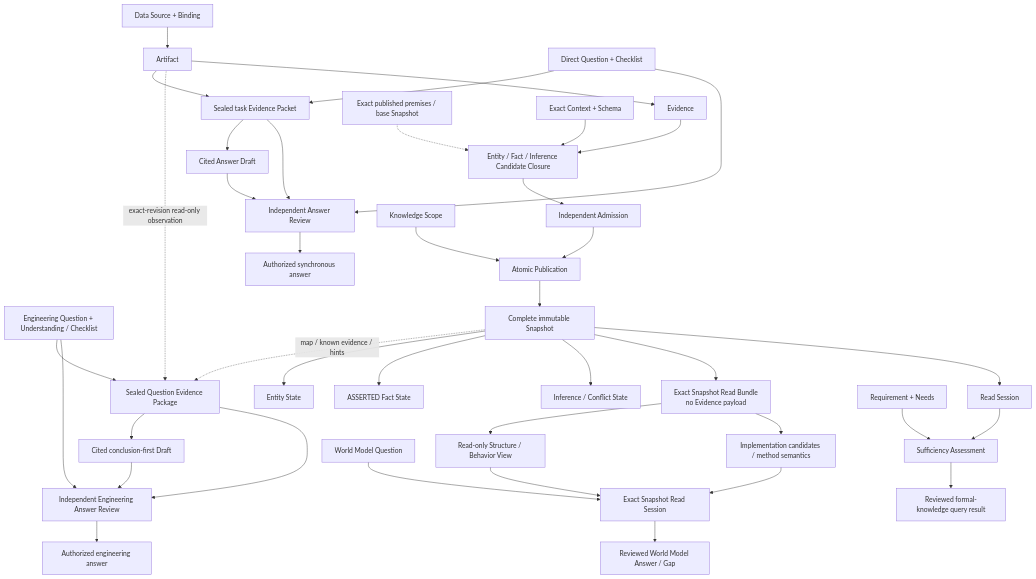
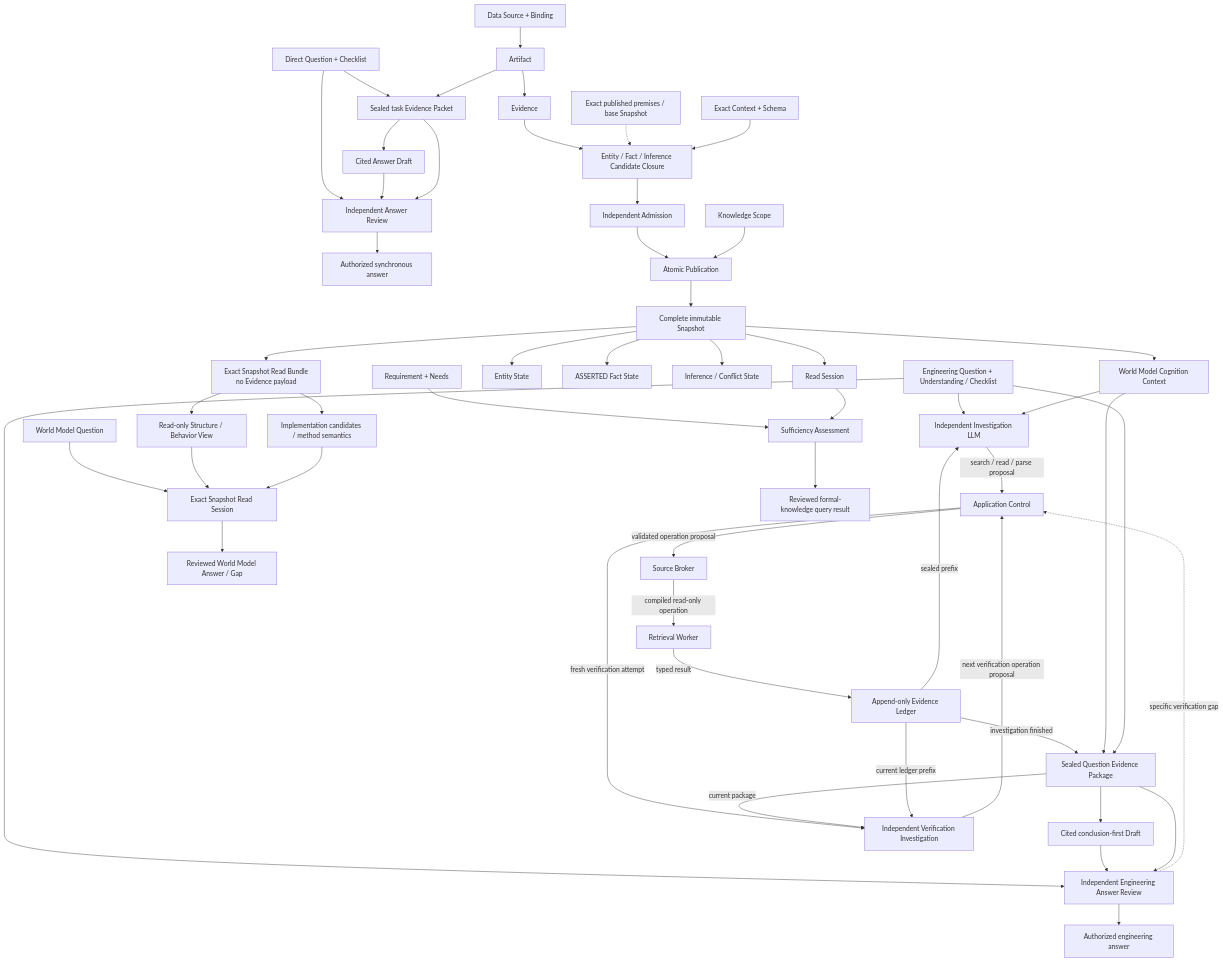
One commit to baitianxia/software-world-model changed the diagram in docs/system/architecture/domain-model.md. Above: the diagram before and after it, drawn with Mermaid. The commit also changed other lines of this file and 46 other files, not shown here.

````diff
--- a/docs/system/architecture/domain-model.md
+++ b/docs/system/architecture/domain-model.md
@@ -14,41 +14,54 @@
 ```mermaid
 flowchart TD
     DS["Data Source + Binding"] --> AR["Artifact"]
     Q["Direct Question + Checklist"] --> EP["Sealed task Evidence Packet"]
     AR --> EP
     EP --> DA["Cited Answer Draft"]
     Q --> RV["Independent Answer Review"]
     DA --> RV
     EP --> RV
     RV --> AA["Authorized synchronous answer"]
-    EQ["Engineering Question + Understanding / Checklist"] --> QEP["Sealed Question Evidence Package"]
-    SN -. "map / known evidence / hints" .-> QEP
-    AR -. "exact-revision read-only observation" .-> QEP
+    EQ["Engineering Question + Understanding / Checklist"] --> IL["Independent Investigation LLM"]
+    SN --> WMC["World Model Cognition Context"]
+    WMC --> IL
+    EL["Append-only Evidence Ledger"] -->|"sealed prefix"| IL
+    IL -->|"search / read / parse proposal"| AC["Application Control"]
+    AC -->|"validated operation proposal"| SB["Source Broker"]
+    SB -->|"compiled read-only operation"| RW["Retrieval Worker"]
+    RW -->|"typed result"| EL
+    EL -->|"investigation finished"| QEP["Sealed Question Evidence Package"]
+    WMC --> QEP
+    EQ --> QEP
     QEP --> EQA["Cited conclusion-first Draft"]
     EQ --> EQR["Independent Engineering Answer Review"]
     EQA --> EQR
     QEP --> EQR
+    EQR -. "specific verification gap" .-> AC
+    AC -->|"fresh verification attempt"| VI["Independent Verification Investigation"]
+    QEP -->|"current package"| VI
+    EL -->|"current ledger prefix"| VI
+    VI -->|"next verification operation proposal"| AC
     EQR --> EQD["Authorized engineering answer"]
     AR --> EV["Evidence"]
     EV --> CC["Entity / Fact / Inference Candidate Closure"]
     PS["Exact published premises / base Snapshot"] -.-> CC
     CX["Exact Context + Schema"] --> CC
     CC --> AD["Independent Admission"]
     AD --> PB["Atomic Publication"]
     KS["Knowledge Scope"] --> PB
     PB --> SN["Complete immutable Snapshot"]
     SN --> EN["Entity State"]
     SN --> FA["ASSERTED Fact State"]
     SN --> IN["Inference / Conflict State"]
     SN --> RB["Exact Snapshot Read Bundle<br/>no Evidence payload"]
     RB --> SV["Read-only Structure / Behavior View"]
     RB --> IQ["Implementation candidates / method semantics"]
     WQ["World Model Question"] --> WR["Exact Snapshot Read Session"]
     SV --> WR
     IQ --> WR
     WR --> WA["Reviewed World Model Answer / Gap"]
     SN --> RS["Read Session"]
     RQ["Requirement + Needs"] --> AS["Sufficiency Assessment"]
     RS --> AS
     AS --> KA["Reviewed formal-knowledge query result"]
 ```
````
